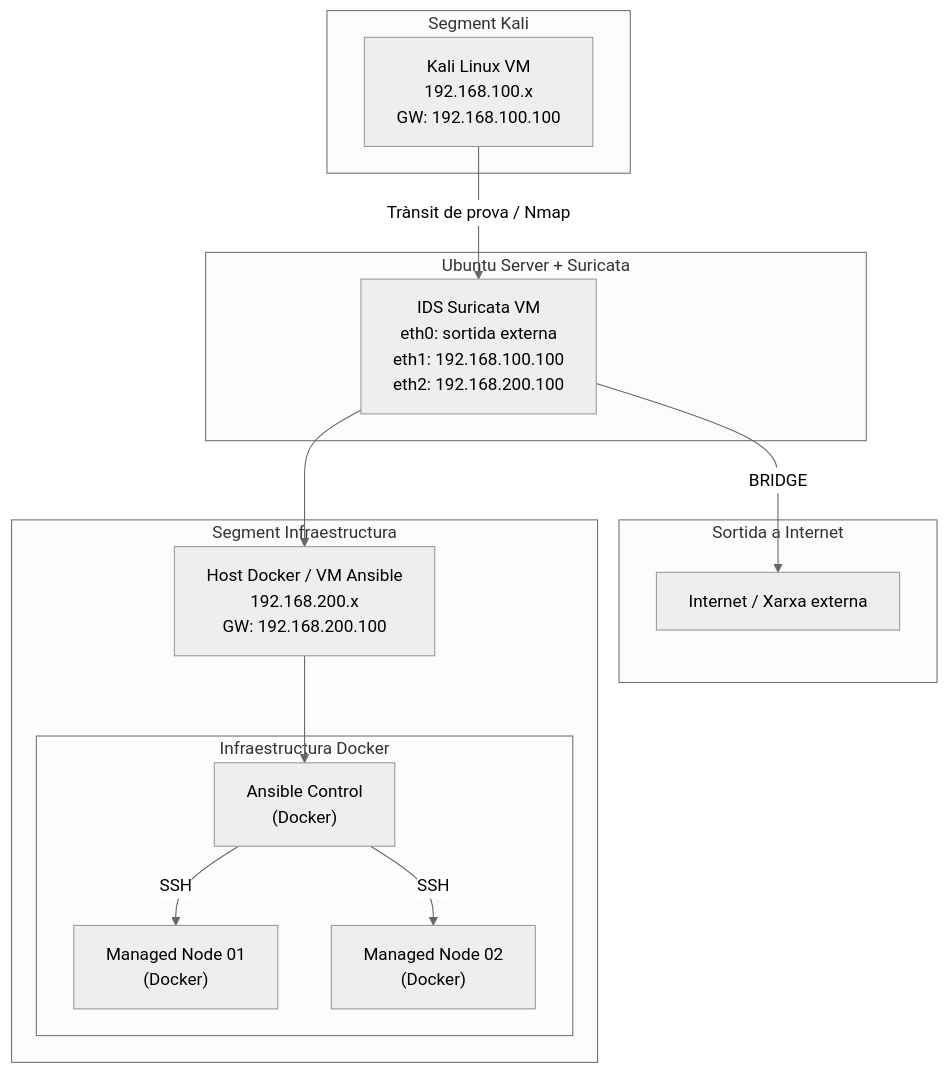
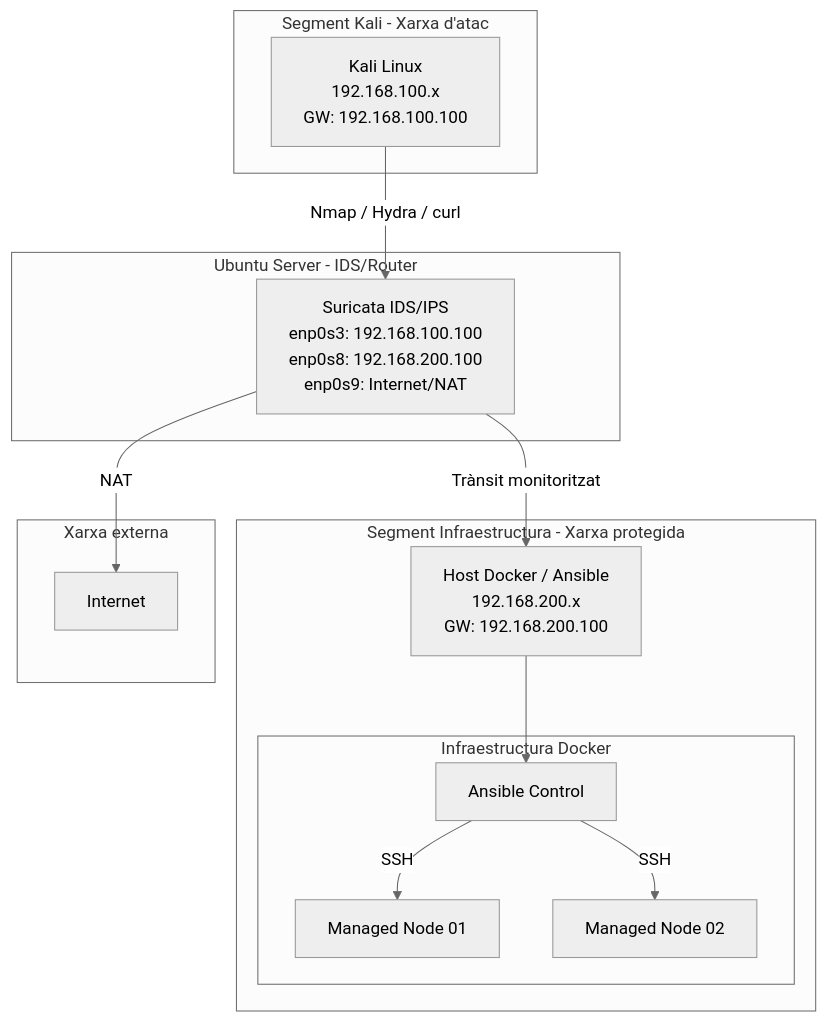
Before and after one commit to jangarcia93/Projecte-IDS-IPS-i-Automatitzacio-amb-Ansible: the diagram in README.md, drawn with Mermaid (neutral theme). The commit also changed other lines of this file, not shown here.

````diff
--- a/README.md
+++ b/README.md
@@ -69,32 +97,32 @@
 ```mermaid
 flowchart TB
 
-    subgraph NET1["Segment Kali"]
-        KALI["Kali Linux VM<br/>192.168.100.x<br/>GW: 192.168.100.100"]
+    subgraph NET1["Segment Kali - Xarxa d'atac"]
+        KALI["Kali Linux<br/>192.168.100.x<br/>GW: 192.168.100.100"]
     end
 
-    subgraph EXT["Sortida a Internet"]
-        INTERNET["Internet / Xarxa externa"]
+    subgraph IDSBOX["Ubuntu Server - IDS/Router"]
+        IDS["Suricata IDS/IPS<br/>enp0s3: 192.168.100.100<br/>enp0s8: 192.168.200.100<br/>enp0s9: Internet/NAT"]
     end
 
-    subgraph IDSBOX["Ubuntu Server + Suricata"]
-        IDS["IDS Suricata VM<br/>eth0: sortida externa<br/>eth1: 192.168.100.100<br/>eth2: 192.168.200.100"]
-    end
-
-    subgraph NET2["Segment Infraestructura"]
-        HOST["Host Docker / VM Ansible<br/>192.168.200.x<br/>GW: 192.168.200.100"]
+    subgraph NET2["Segment Infraestructura - Xarxa protegida"]
+        HOST["Host Docker / Ansible<br/>192.168.200.x<br/>GW: 192.168.200.100"]
 
         subgraph DOCKER["Infraestructura Docker"]
-            ACTRL["Ansible Control<br/>(Docker)"]
-            MN1["Managed Node 01<br/>(Docker)"]
-            MN2["Managed Node 02<br/>(Docker)"]
+            ACTRL["Ansible Control"]
+            MN1["Managed Node 01"]
+            MN2["Managed Node 02"]
         end
     end
 
-    KALI -->|Trànsit de prova / Nmap| IDS
-    IDS --> HOST
+    subgraph EXT["Xarxa externa"]
+        INTERNET["Internet"]
+    end
+
+    KALI -->|Nmap / Hydra / curl| IDS
+    IDS -->|Trànsit monitoritzat| HOST
     HOST --> ACTRL
     ACTRL -->|SSH| MN1
     ACTRL -->|SSH| MN2
-    IDS -->|BRIDGE| INTERNET
+    IDS -->|NAT| INTERNET
 ```
````
